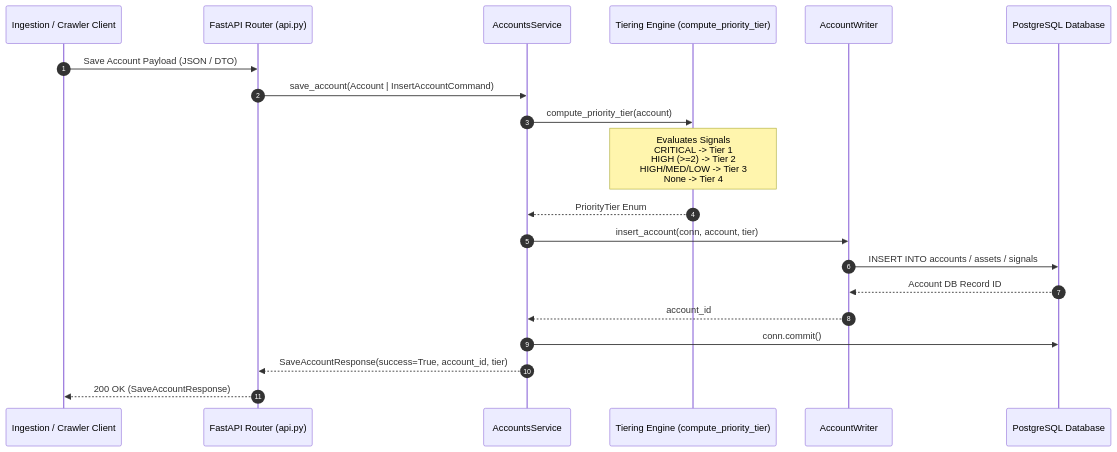
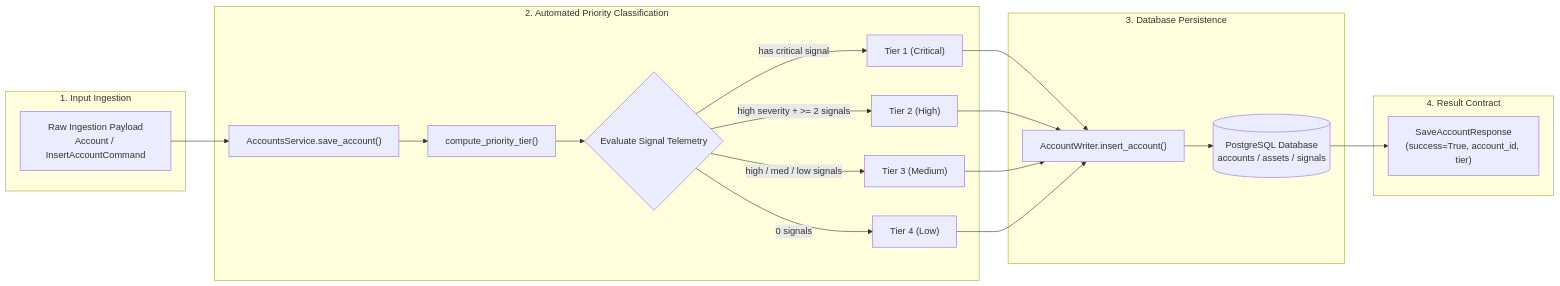
Before and after one commit to dev-anuj007/cyber_intel: the second of 4 diagrams in backend/src/services/accounts/README.md, drawn with Mermaid. The commit also changed other lines of this file, not shown here.

Commit message:
Account service clean up p0

````diff
--- a/backend/src/services/accounts/README.md
+++ b/backend/src/services/accounts/README.md
@@ -111,23 +111,36 @@
 ```mermaid
-sequenceDiagram
-    autonumber
-    participant Client as Ingestion / Crawler Client
-    participant API as FastAPI Router (api.py)
-    participant Svc as AccountsService
-    participant Tier as Tiering Engine (compute_priority_tier)
-    participant Writer as AccountWriter
-    participant DB as PostgreSQL Database
+flowchart LR
+    subgraph Input["1. Input Ingestion"]
+        InPayload["Raw Ingestion Payload<br/>Account / InsertAccountCommand"]
+    end
 
-    Client->>API: Save Account Payload (JSON / DTO)
-    API->>Svc: save_account(Account | InsertAccountCommand)
-    Svc->>Tier: compute_priority_tier(account)
-    Note over Tier: Evaluates Signals<br/>CRITICAL -> Tier 1<br/>HIGH (>=2) -> Tier 2<br/>HIGH/MED/LOW -> Tier 3<br/>None -> Tier 4
-    Tier-->>Svc: PriorityTier Enum
-    Svc->>Writer: insert_account(conn, account, tier)
-    Writer->>DB: INSERT INTO accounts / assets / signals
-    DB-->>Writer: Account DB Record ID
-    Writer-->>Svc: account_id
-    Svc->>DB: conn.commit()
-    Svc-->>API: SaveAccountResponse(success=True, account_id, tier)
-    API-->>Client: 200 OK (SaveAccountResponse)
+    subgraph Tiering["2. Automated Priority Classification"]
+        SaveSvc["AccountsService.save_account()"]
+        ComputeTier["compute_priority_tier()"]
+        Eval{"Evaluate Signal Telemetry"}
+        T1["Tier 1 (Critical)"]
+        T2["Tier 2 (High)"]
+        T3["Tier 3 (Medium)"]
+        T4["Tier 4 (Low)"]
+    end
+
+    subgraph Persistence["3. Database Persistence"]
+        Writer["AccountWriter.insert_account()"]
+        DB[("PostgreSQL Database<br/>accounts / assets / signals")]
+    end
+
+    subgraph Output["4. Result Contract"]
+        Resp["SaveAccountResponse<br/>(success=True, account_id, tier)"]
+    end
+
+    InPayload --> SaveSvc
+    SaveSvc --> ComputeTier
+    ComputeTier --> Eval
+    Eval -->|"has critical signal"| T1
+    Eval -->|"high severity + >= 2 signals"| T2
+    Eval -->|"high / med / low signals"| T3
+    Eval -->|"0 signals"| T4
+    T1 & T2 & T3 & T4 --> Writer
+    Writer --> DB
+    DB --> Resp
 ```
````
